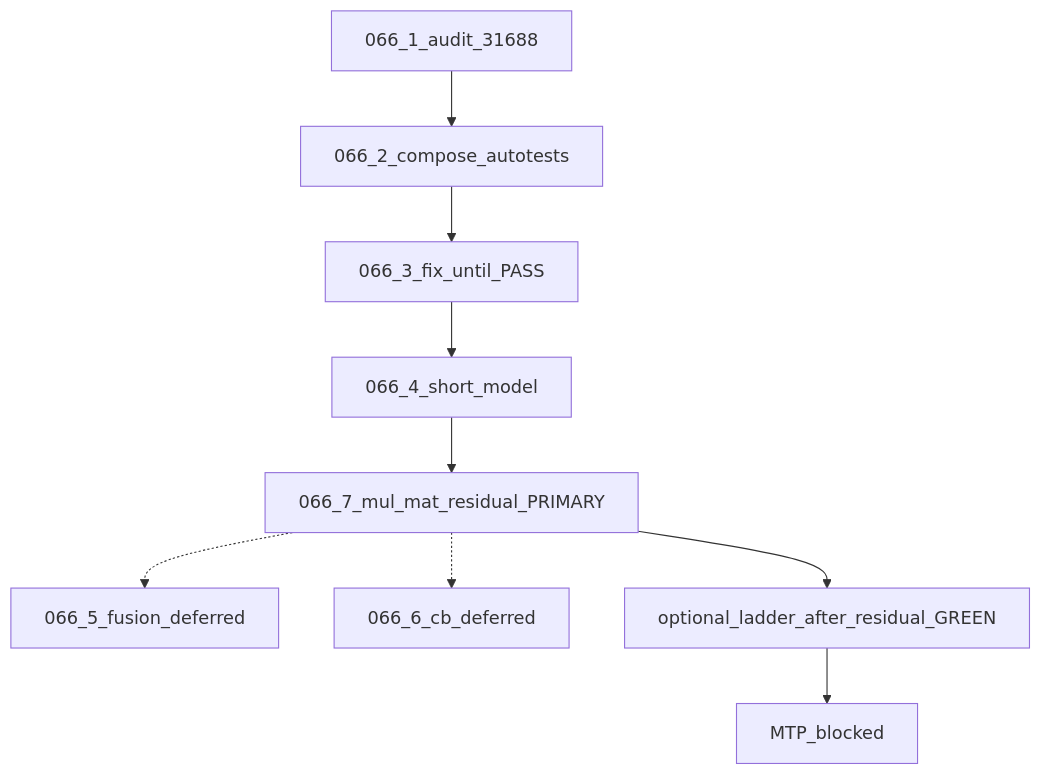
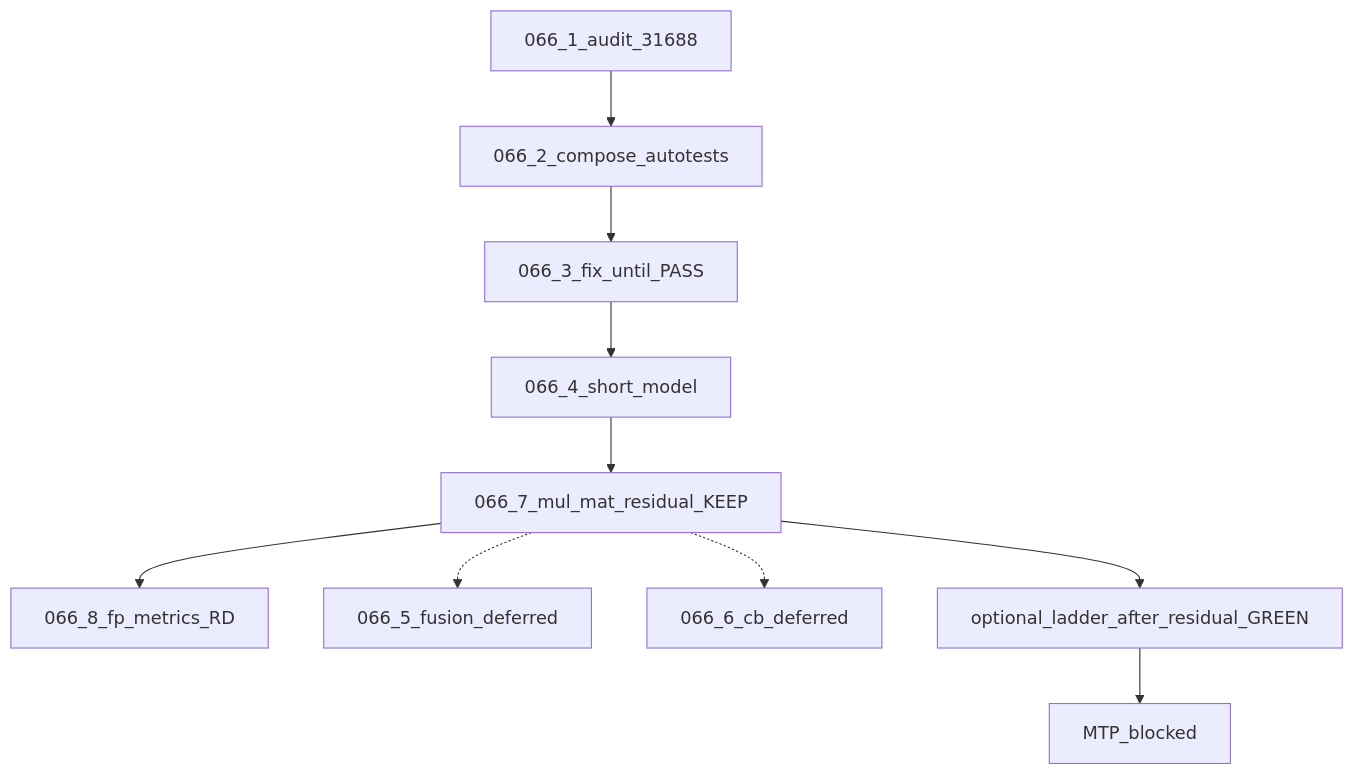
Before and after one commit to Dimon70007/atomic-llama-cpp-turboquant: the diagram in tests/TASK-066.0-overview.md, drawn with Mermaid. The commit also changed other lines of this file and 5 other files, not shown here.

````diff
--- a/tests/TASK-066.0-overview.md
+++ b/tests/TASK-066.0-overview.md
@@ -42,17 +43,19 @@
 ```mermaid
 flowchart TD
   t1[066_1_audit_31688]
   t2[066_2_compose_autotests]
   t3[066_3_fix_until_PASS]
   t4[066_4_short_model]
-  t7[066_7_mul_mat_residual_PRIMARY]
+  t7[066_7_mul_mat_residual_KEEP]
+  t8[066_8_fp_metrics_RD]
   t5[066_5_fusion_deferred]
   t6[066_6_cb_deferred]
   confirm[optional_ladder_after_residual_GREEN]
   mtp[MTP_blocked]
   t1 --> t2 --> t3 --> t4 --> t7
+  t7 --> t8
   t7 --> confirm
   t7 -.-> t5
   t7 -.-> t6
   confirm --> mtp
 ```
````
